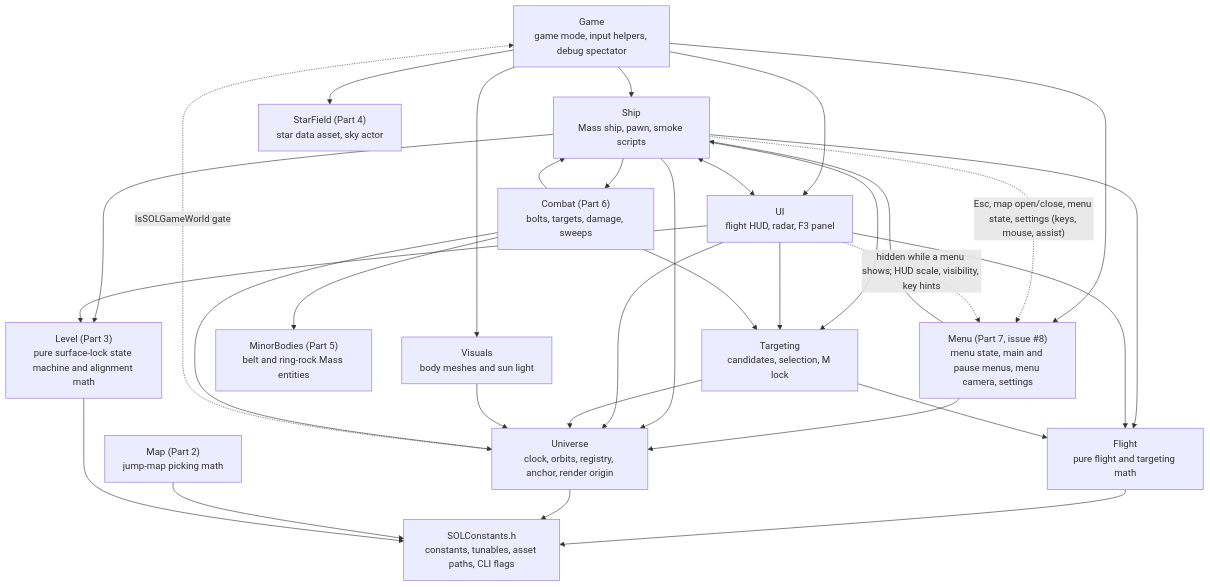
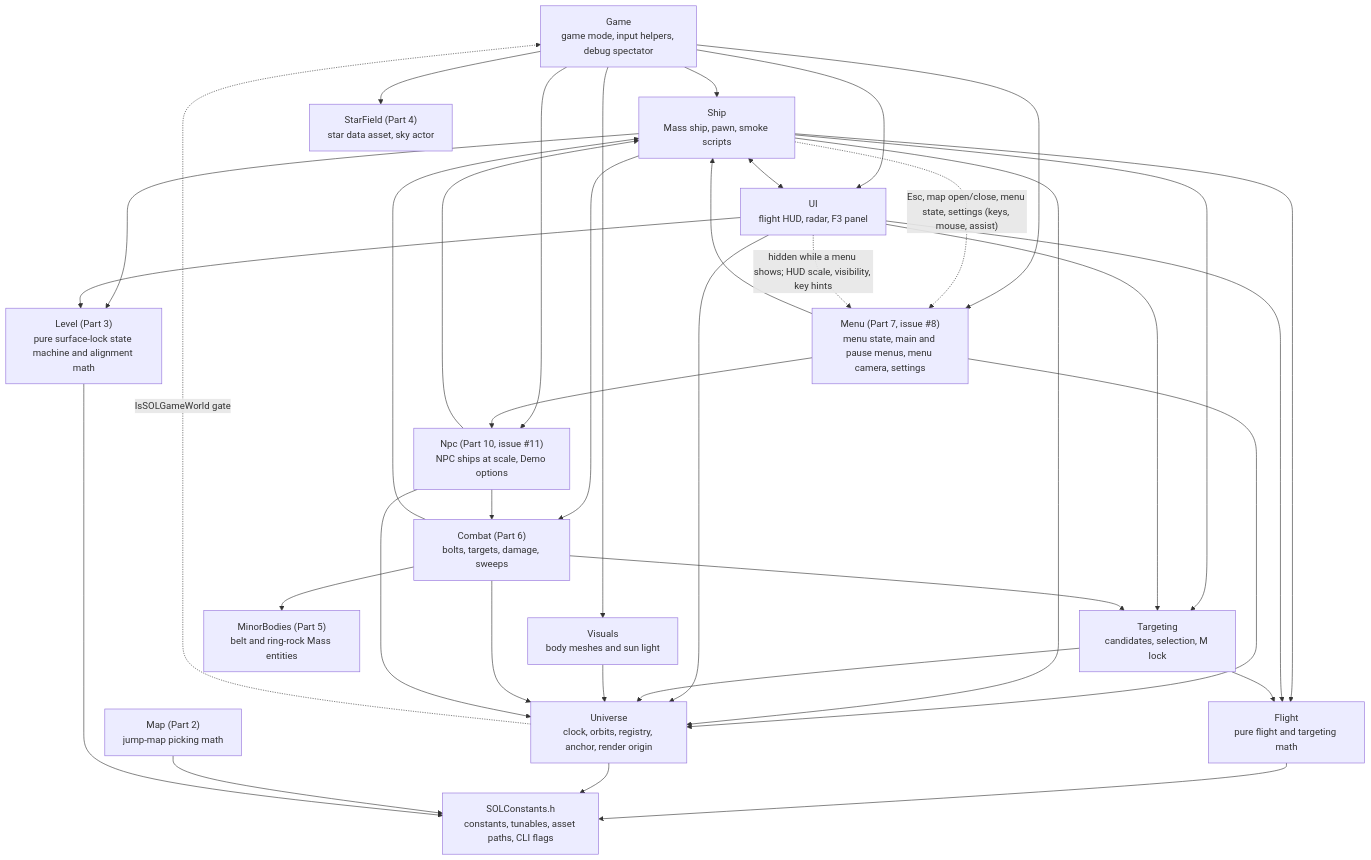
The first of 4 diagrams in Docs/ARCHITECTURE.md (DieSlower/SOLTest), drawn with Mermaid before and after one commit. The commit also changed other lines of this file and 67 other files, not shown here.

First line of the commit message:
Issue #11: Part 10 - NPC scale and performance demo (1M ships), AI tiers, hybrid combat, Demo menu

````diff
--- a/Docs/ARCHITECTURE.md
+++ b/Docs/ARCHITECTURE.md
@@ -27,49 +27,55 @@
 ```mermaid
 flowchart TD
     Game["Game<br/>game mode, input helpers, debug spectator"]
     Menu["Menu (Part 7, issue #8)<br/>menu state, main and pause menus, menu camera, settings"]
     Ship["Ship<br/>Mass ship, pawn, smoke scripts"]
     UI["UI<br/>flight HUD, radar, F3 panel"]
     Targeting["Targeting<br/>candidates, selection, M lock"]
     Visuals["Visuals<br/>body meshes and sun light"]
     StarField["StarField (Part 4)<br/>star data asset, sky actor"]
     Map["Map (Part 2)<br/>jump-map picking math"]
     Combat["Combat (Part 6)<br/>bolts, targets, damage, sweeps"]
     MinorBodies["MinorBodies (Part 5)<br/>belt and ring-rock Mass entities"]
+    Npc["Npc (Part 10, issue #11)<br/>NPC ships at scale, Demo options"]
     Level["Level (Part 3)<br/>pure surface-lock state machine and alignment math"]
     Flight["Flight<br/>pure flight and targeting math"]
     Universe["Universe<br/>clock, orbits, registry, anchor, render origin"]
     Const["SOLConstants.h<br/>constants, tunables, asset paths, CLI flags"]
 
     Game --> Ship
     Game --> Menu
     Menu --> Ship
     Menu --> Universe
     Ship -. "Esc, map open/close, menu state, settings (keys, mouse, assist)" .-> Menu
     UI -. "hidden while a menu shows; HUD scale, visibility, key hints" .-> Menu
     Game --> UI
     Game --> Visuals
     Game --> StarField
     Ship --> Targeting
     Ship --> Flight
     Ship --> Level
     UI --> Level
     Ship --> Universe
     Ship <--> UI
     UI --> Targeting
     UI --> Universe
     UI --> Flight
     Targeting --> Flight
     Targeting --> Universe
     Visuals --> Universe
     Ship --> Combat
     Combat --> Ship
     Combat --> Targeting
     Combat --> MinorBodies
     Combat --> Universe
+    Game --> Npc
+    Menu --> Npc
+    Npc --> Universe
+    Npc --> Ship
+    Npc --> Combat
     Universe -. "IsSOLGameWorld gate" .-> Game
     Flight --> Const
     Universe --> Const
     Map --> Const
     Level --> Const
 ```
````
